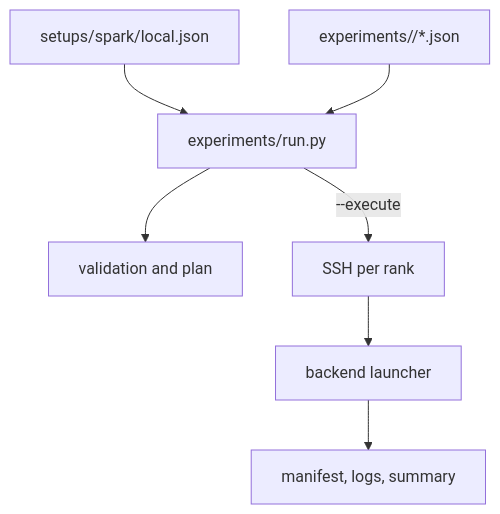
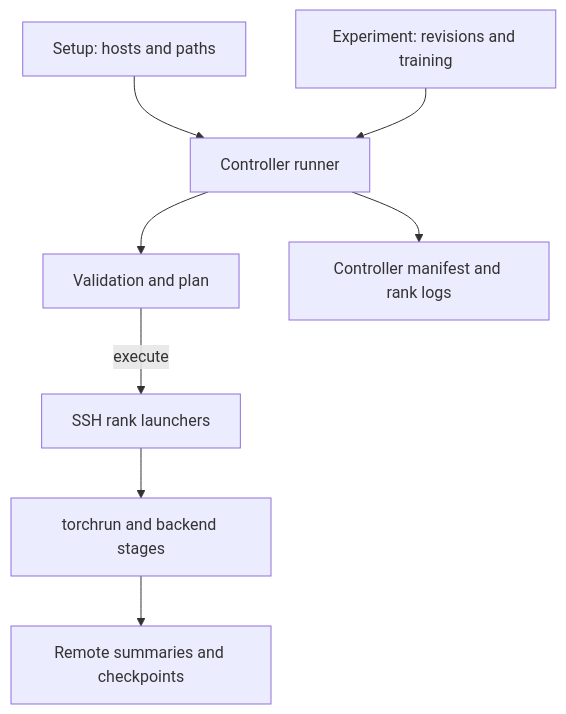
Before and after one commit to daegyu94/post-training-lab: the diagram in docs/architecture.md, drawn with Mermaid. The commit also changed other lines of this file and 21 other files, not shown here.

````diff
--- a/docs/architecture.md
+++ b/docs/architecture.md
@@ -6,9 +6,10 @@
 ```mermaid
 flowchart TD
-    S["setups/spark/local.json"] --> R["experiments/run.py"]
-    E["experiments/<backend>/*.json"] --> R
-    R --> V["validation and plan"]
-    R -->|--execute| SSH["SSH per rank"]
-    SSH --> L["backend launcher"]
-    L --> O["manifest, logs, summary"]
+    S["Setup: hosts and paths"] --> R["Controller runner"]
+    E["Experiment: revisions and training"] --> R
+    R --> V["Validation and plan"]
+    V -->|execute| A["SSH rank launchers"]
+    A --> T["torchrun and backend stages"]
+    R --> C["Controller manifest and rank logs"]
+    T --> O["Remote summaries and checkpoints"]
 ```
````
